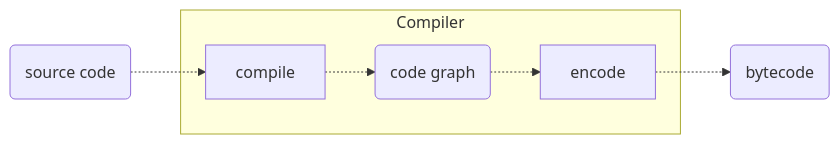
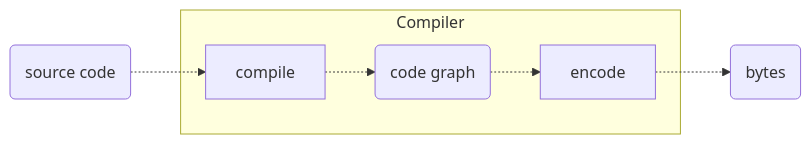
The diagram in slides/papers/stak-scheme/compile.mmd (raviqqe/doc), drawn with Mermaid before and after one commit. The commit also changed 6 other files, not shown here.

```diff
--- a/slides/papers/stak-scheme/compile.mmd
+++ b/slides/papers/stak-scheme/compile.mmd
@@ -1,8 +1,8 @@
 flowchart LR
   d0(source code) -.-> compile
 
   subgraph Compiler
     compile -.-> d1(code graph):::red -.-> encode
   end
 
-  encode -.-> d2(bytecode)
+  encode -.-> d2(bytes):::blue
```
